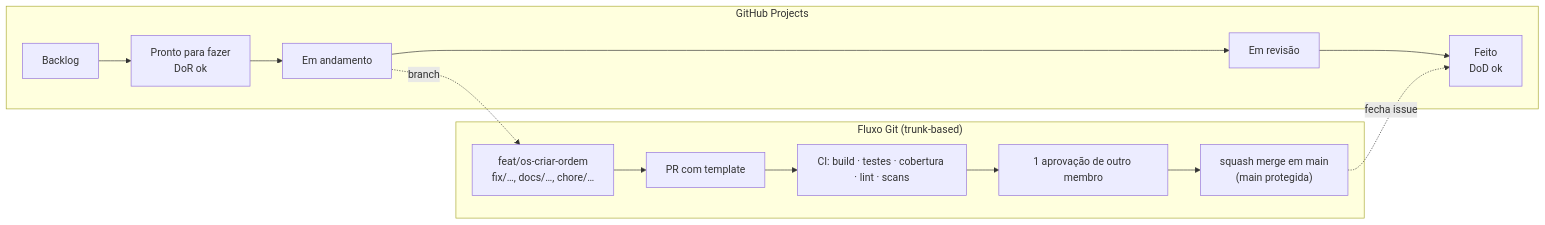
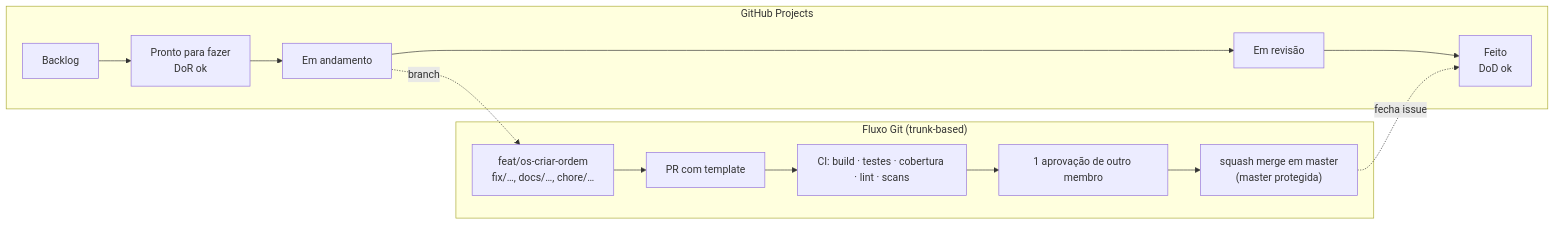
The second of 2 diagrams in docs/00-guia-do-grupo/como-trabalhamos.md (HermandoThiago/FIAP-SOAT), drawn with Mermaid before and after one commit. The commit also changed other lines of this file and 7 other files, not shown here.

First line of the commit message:
docs(guia): usar master como branch padrão em vez de main

````diff
--- a/docs/00-guia-do-grupo/como-trabalhamos.md
+++ b/docs/00-guia-do-grupo/como-trabalhamos.md
@@ -56,12 +56,12 @@
 ```mermaid
 flowchart LR
     subgraph Kanban["GitHub Projects"]
         B1[Backlog] --> B2[Pronto para fazer<br/>DoR ok] --> B3[Em andamento] --> B4[Em revisão] --> B5[Feito<br/>DoD ok]
     end
     B3 -. branch .-> G1
     subgraph Git["Fluxo Git (trunk-based)"]
         G1["feat/os-criar-ordem<br/>fix/…, docs/…, chore/…"] --> G2[PR com template] --> G3[CI: build · testes · cobertura · lint · scans]
-        G3 --> G4[1 aprovação de outro membro] --> G5["squash merge em main<br/>(main protegida)"]
+        G3 --> G4[1 aprovação de outro membro] --> G5["squash merge em master<br/>(master protegida)"]
     end
     G5 -. fecha issue .-> B5
 ```
````
